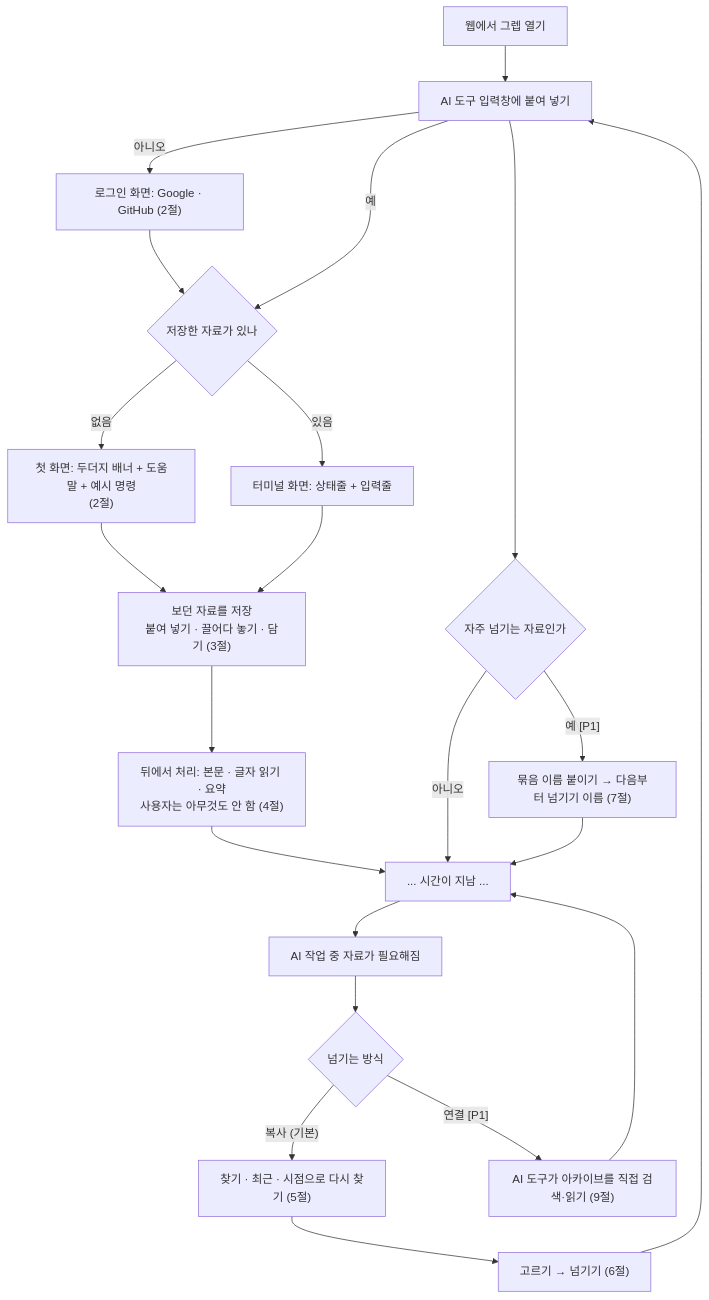
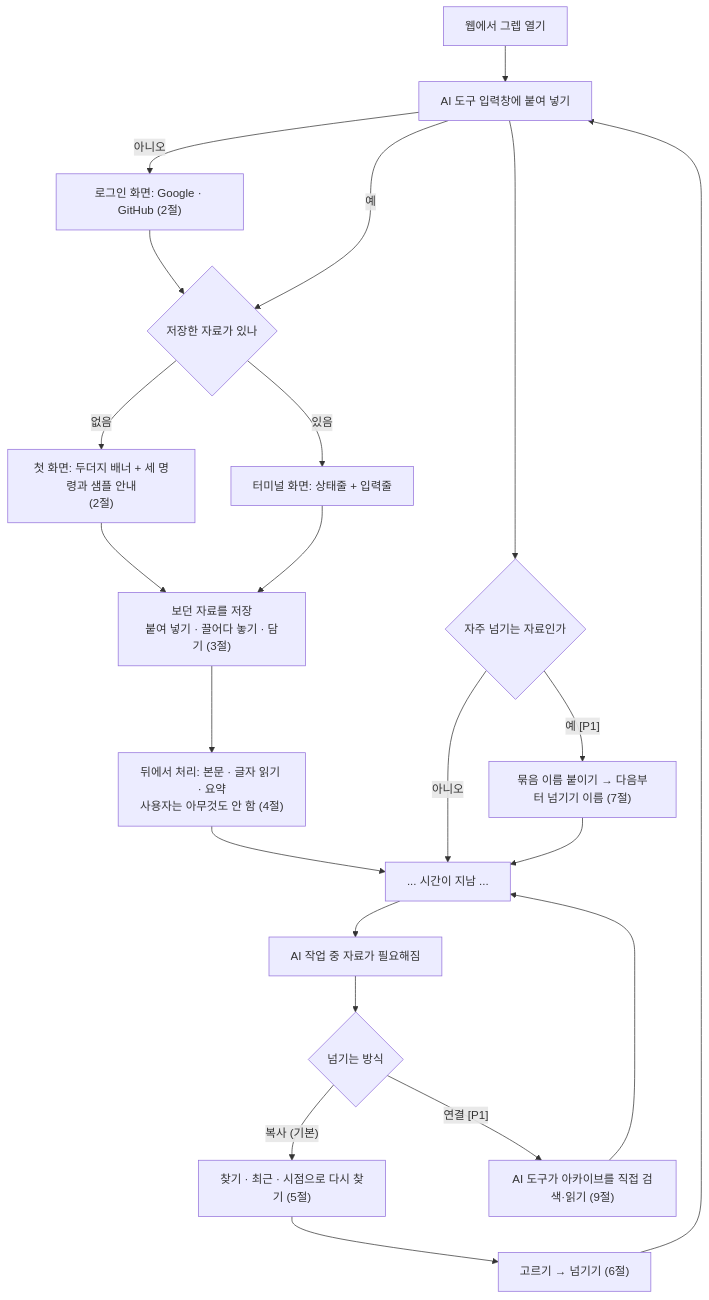
Before and after one commit to delightPIP/grep: the first of 10 diagrams in docs/planning/user-flow.md, drawn with Mermaid. The commit also changed other lines of this file and 16 other files, not shown here.

````diff
--- a/docs/planning/user-flow.md
+++ b/docs/planning/user-flow.md
@@ -24,24 +24,24 @@
 ```mermaid
 flowchart TD
     A["웹에서 그렙 열기"] --> L{"로그인했나"}
     L -- "아니오" --> LG["로그인 화면: Google · GitHub (2절)"]
     LG --> B
     L -- "예" --> B{"저장한 자료가 있나"}
-    B -- "없음" --> C["첫 화면: 두더지 배너 + 도움말 + 예시 명령<br/>(2절)"]
+    B -- "없음" --> C["첫 화면: 두더지 배너 + 세 명령과 샘플 안내<br/>(2절)"]
     B -- "있음" --> D["터미널 화면: 상태줄 + 입력줄"]
     C --> E
     D --> E["보던 자료를 저장<br/>붙여 넣기 · 끌어다 놓기 · 담기 (3절)"]
     E --> F["뒤에서 처리: 본문 · 글자 읽기 · 요약<br/>사용자는 아무것도 안 함 (4절)"]
     F --> G["... 시간이 지남 ..."]
     G --> H["AI 작업 중 자료가 필요해짐"]
     H --> I{"넘기는 방식"}
     I -- "복사 (기본)" --> J["찾기 · 최근 · 시점으로 다시 찾기 (5절)"]
     J --> K["고르기 → 넘기기 (6절)"]
     K --> L["AI 도구 입력창에 붙여 넣기"]
     I -- "연결 [P1]" --> M["AI 도구가 아카이브를 직접 검색·읽기 (9절)"]
     L --> N{"자주 넘기는 자료인가"}
     N -- "예 [P1]" --> O["묶음 이름 붙이기 → 다음부터 넘기기 이름 (7절)"]
     N -- "아니오" --> G
     O --> G
     M --> G
 ```
````
